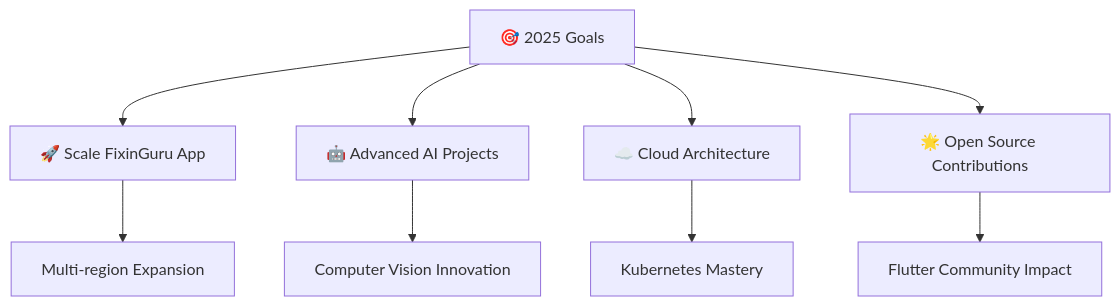
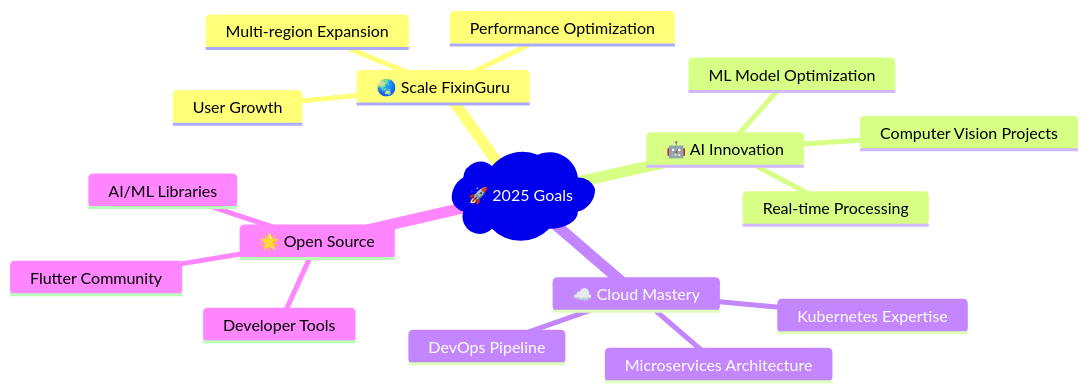
Before and after one commit to ArjunJr05/ArjunJr05: the diagram in README.md, drawn with Mermaid. The commit also changed other lines of this file, not shown here.

````diff
--- a/README.md
+++ b/README.md
@@ -253,12 +240,20 @@
 ```mermaid
-graph TD
-    A[🎯 2025 Goals] --> B[🚀 Scale FixinGuru App]
-    A --> C[🤖 Advanced AI Projects]
-    A --> D[☁️ Cloud Architecture]
-    A --> E[🌟 Open Source Contributions]
-    
-    B --> F[Multi-region Expansion]
-    C --> G[Computer Vision Innovation]
-    D --> H[Kubernetes Mastery]
-    E --> I[Flutter Community Impact]
+mindmap
+  root)🚀 2025 Goals(
+    🌏 Scale FixinGuru
+      Multi-region Expansion
+      Performance Optimization
+      User Growth
+    🤖 AI Innovation
+      Computer Vision Projects
+      ML Model Optimization
+      Real-time Processing
+    ☁️ Cloud Mastery
+      Kubernetes Expertise
+      Microservices Architecture
+      DevOps Pipeline
+    🌟 Open Source
+      Flutter Community
+      AI/ML Libraries
+      Developer Tools
 ```
````
